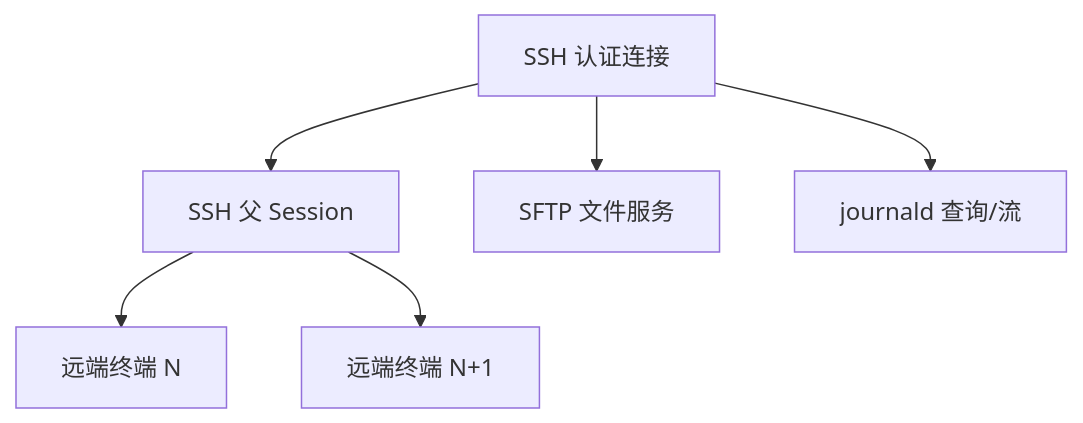
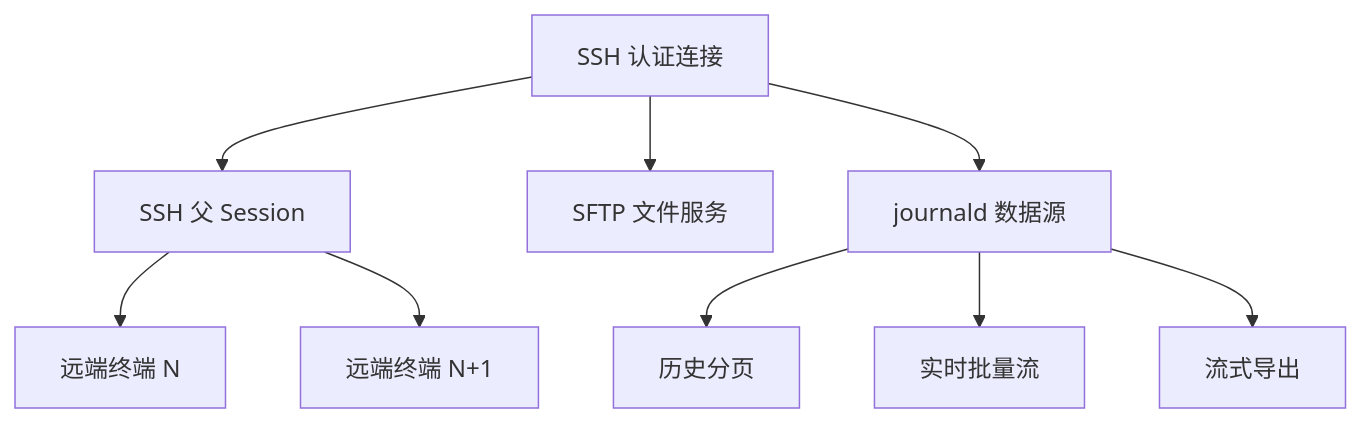
The diagram in docs/modules/SSH.md (hamburger-os/TauTerm), drawn with Mermaid before and after one commit. The commit also changed other lines of this file, not shown here.

Commit message:
docs(ssh): document journald data-source architecture

````diff
--- a/docs/modules/SSH.md
+++ b/docs/modules/SSH.md
@@ -31,8 +44,11 @@
 ```mermaid
 flowchart TB
   Auth["SSH 认证连接"] --> Parent["SSH 父 Session"]
   Parent --> PTY1["远端终端 N"]
   Parent --> PTY2["远端终端 N+1"]
   Auth --> SFTP["SFTP 文件服务"]
-  Auth --> Journal["journald 查询/流"]
+  Auth --> Journal["journald 数据源"]
+  Journal --> History["历史分页"]
+  Journal --> Realtime["实时批量流"]
+  Journal --> Export["流式导出"]
 ```
````
